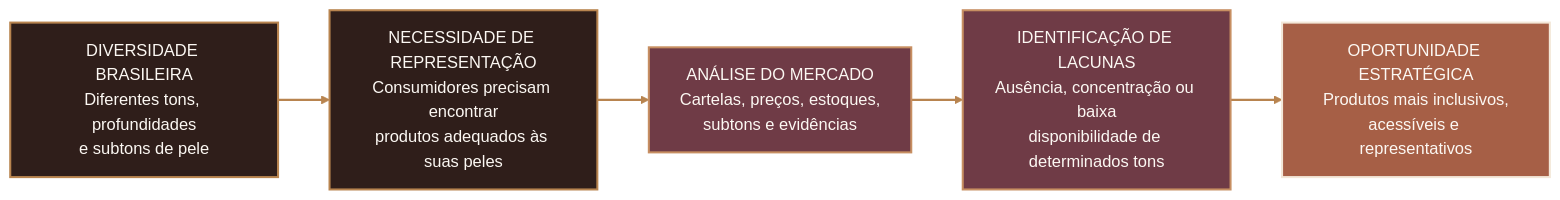
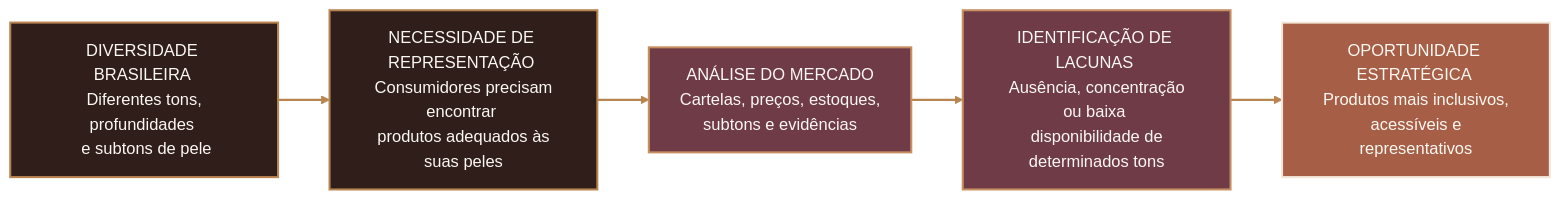
The third of 17 diagrams in README.md (Projeto-L-Oreal-Paris/Avanco-da-industria-da-maquiagem), drawn with Mermaid before and after one commit. The commit also changed other lines of this file, not shown here.

````diff
--- a/README.md
+++ b/README.md
@@ -362,27 +362,27 @@
 ```mermaid
 flowchart LR
-    A["DIVERSIDADE BRASILEIRA<br/>Diferentes tons, profundidades<br/>e subtons de pele"]
+    A["DIVERSIDADE BRASILEIRA <br/> Diferentes tons, profundidades <br/> e subtons de pele"]
 
-    B["NECESSIDADE DE REPRESENTAÇÃO<br/>Consumidores precisam encontrar<br/>produtos adequados às suas peles"]
+    B["NECESSIDADE DE REPRESENTAÇÃO <br/> Consumidores precisam encontrar <br/> produtos adequados às suas peles"]
 
-    C["ANÁLISE DO MERCADO<br/>Cartelas, preços, estoques,<br/>subtons e evidências"]
+    C["ANÁLISE DO MERCADO <br/> Cartelas, preços, estoques, <br/> subtons e evidências"]
 
-    D["IDENTIFICAÇÃO DE LACUNAS<br/>Ausência, concentração ou baixa<br/>disponibilidade de determinados tons"]
+    D["IDENTIFICAÇÃO DE LACUNAS <br/> Ausência, concentração ou baixa <br/> disponibilidade de determinados tons"]
 
-    E["OPORTUNIDADE ESTRATÉGICA<br/>Produtos mais inclusivos,<br/>acessíveis e representativos"]
+    E["OPORTUNIDADE ESTRATÉGICA <br/> Produtos mais inclusivos, <br/> acessíveis e representativos"]
 
     A --> B
     B --> C
     C --> D
     D --> E
 
     classDef contexto fill:#2F1E1A,stroke:#B8844F,color:#FCF8F3,stroke-width:2px;
     classDef mercado fill:#6F3B46,stroke:#C78F62,color:#FCF8F3,stroke-width:2px;
     classDef oportunidade fill:#A65F46,stroke:#F3E7D8,color:#FCF8F3,stroke-width:2px;
 
     class A,B contexto;
     class C,D mercado;
     class E oportunidade;
 
     linkStyle default stroke:#B8844F,stroke-width:2px;
 ```
````
